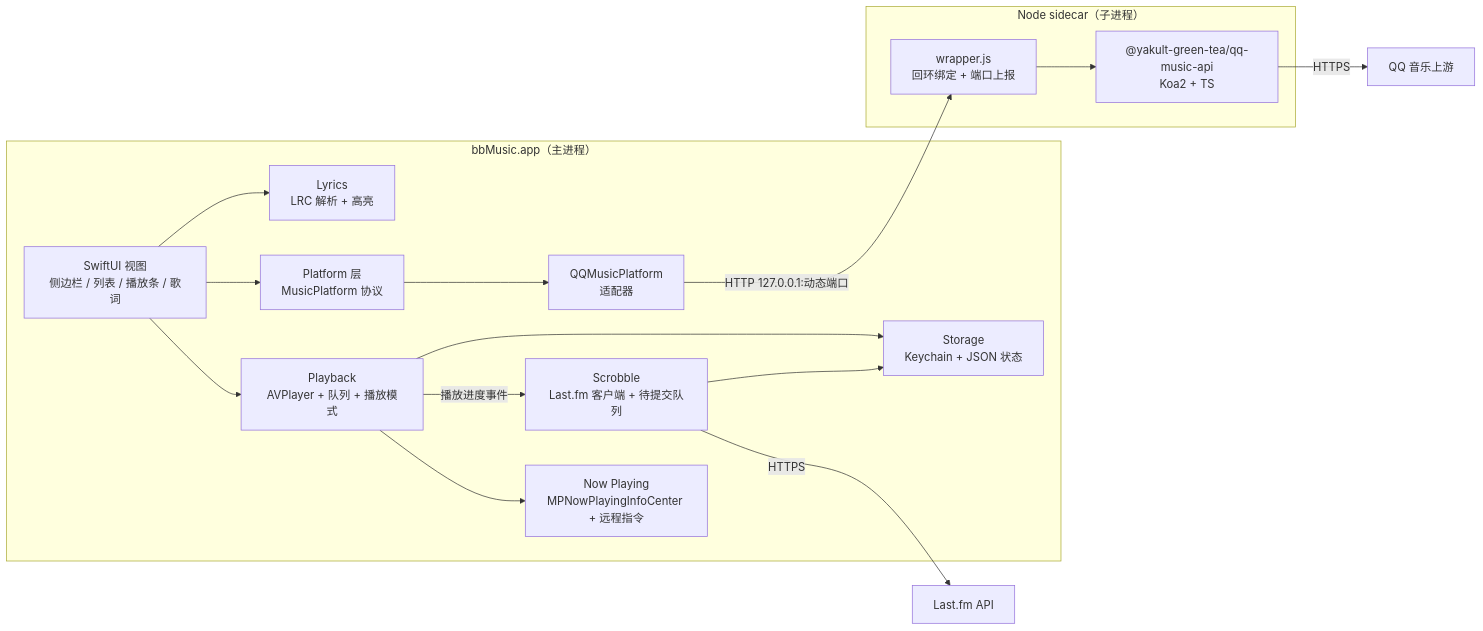
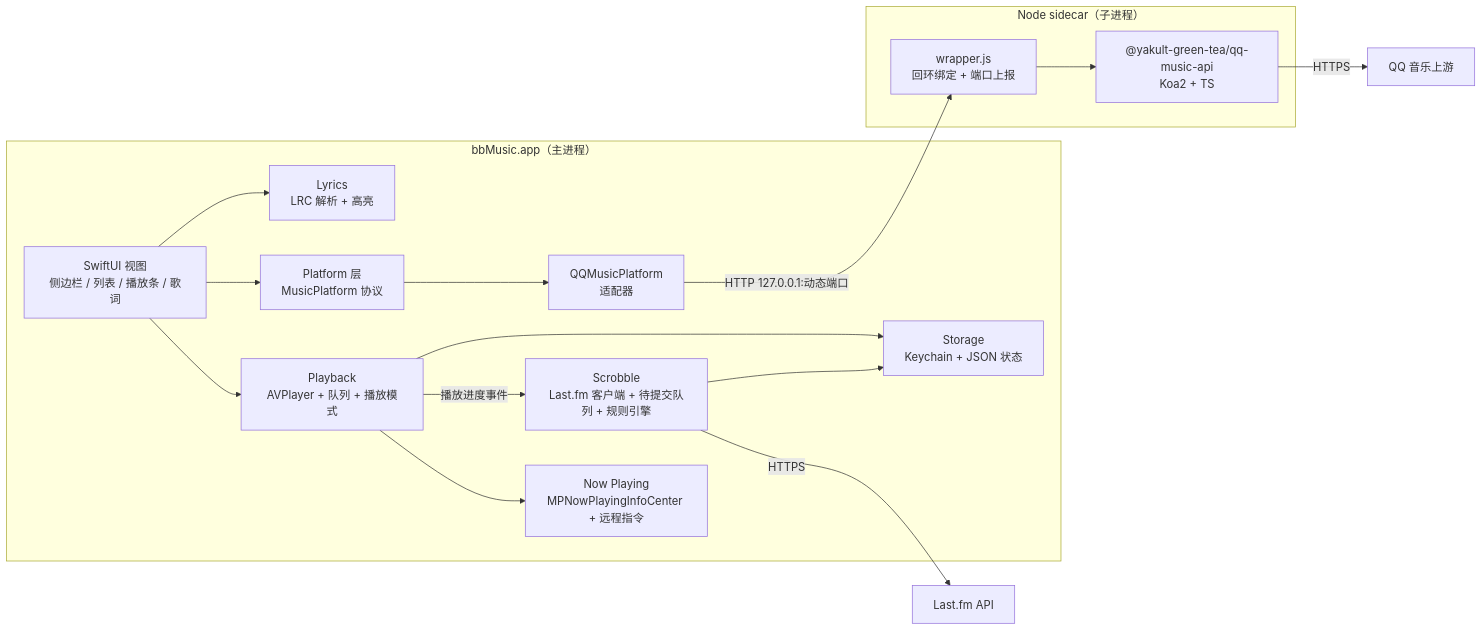
One commit to dcb9/bbMusic changed the diagram in architecture-design.md. Above: the diagram before and after it, drawn with Mermaid. The commit also changed other lines of this file and 12 other files, not shown here.

````diff
--- a/architecture-design.md
+++ b/architecture-design.md
@@ -23,34 +23,34 @@
 ```mermaid
 flowchart LR
   subgraph App["bbMusic.app（主进程）"]
     UI["SwiftUI 视图<br/>侧边栏 / 列表 / 播放条 / 歌词"]
     PB["Playback<br/>AVPlayer + 队列 + 播放模式"]
     NP["Now Playing<br/>MPNowPlayingInfoCenter + 远程指令"]
     PL["Platform 层<br/>MusicPlatform 协议"]
     QQ["QQMusicPlatform<br/>适配器"]
-    SC["Scrobble<br/>Last.fm 客户端 + 待提交队列"]
+    SC["Scrobble<br/>Last.fm 客户端 + 待提交队列 + 规则引擎"]
     LY["Lyrics<br/>LRC 解析 + 高亮"]
     ST["Storage<br/>Keychain + JSON 状态"]
   end
 
   subgraph Side["Node sidecar（子进程）"]
     W["wrapper.js<br/>回环绑定 + 端口上报"]
     API["@yakult-green-tea/qq-music-api<br/>Koa2 + TS"]
   end
 
   UP["QQ 音乐上游"]
   LF["Last.fm API"]
 
   UI --> PB
   UI --> PL
   UI --> LY
   PB --> NP
   PL --> QQ
   QQ -->|"HTTP 127.0.0.1:动态端口"| W
   W --> API
   API -->|"HTTPS"| UP
   PB -->|"播放进度事件"| SC
   SC -->|"HTTPS"| LF
   SC --> ST
   PB --> ST
 ```
````
